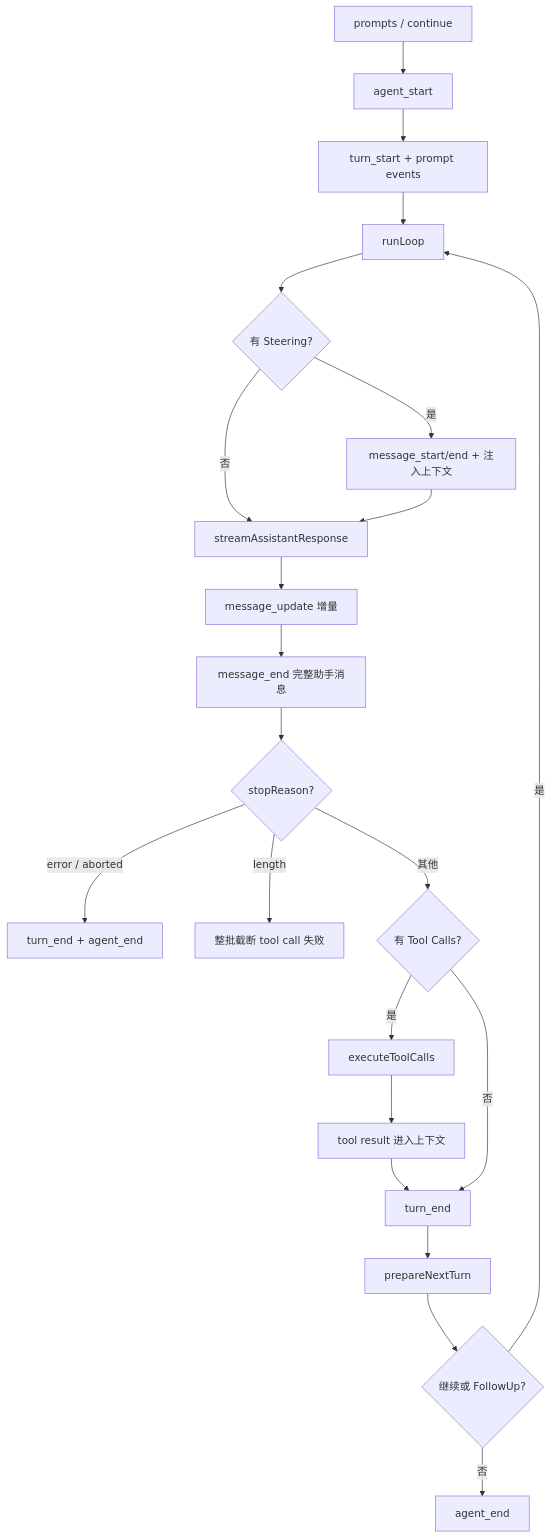
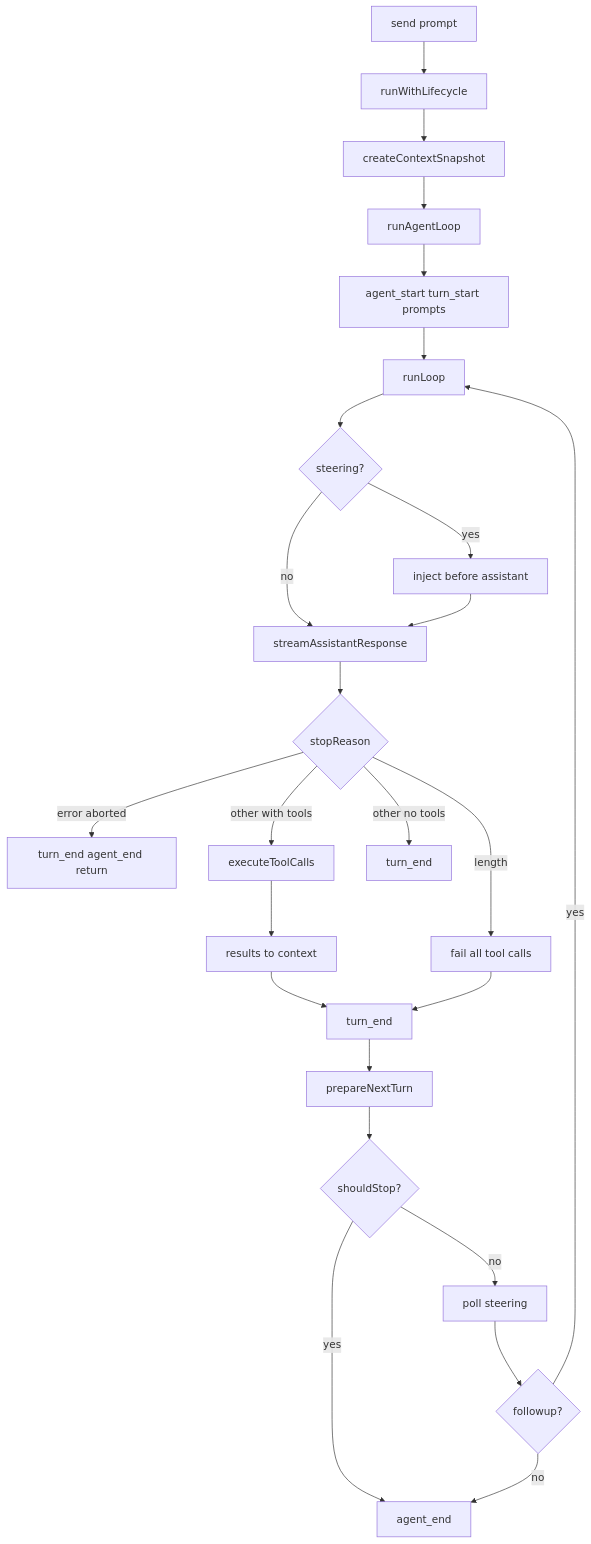
The second of 2 diagrams in tutorial/zh-CN/03-frameworks/pi/run-lifecycle.md (xiaoslin9153/awesome-agent-harness-tutorial), drawn with Mermaid before and after one commit. The commit also changed other lines of this file, not shown here.

Commit message:
docs: fix pi run lifecycle rewrite

````diff
--- a/tutorial/zh-CN/03-frameworks/pi/run-lifecycle.md
+++ b/tutorial/zh-CN/03-frameworks/pi/run-lifecycle.md
@@ -48,24 +77,27 @@
 ```mermaid
 flowchart TD
-  A[prompts / continue] --> B[agent_start]
-  B --> C[turn_start + prompt events]
-  C --> D[runLoop]
-  D --> E{有 Steering?}
-  E -- 是 --> F[message_start/end + 注入上下文]
-  E -- 否 --> G[streamAssistantResponse]
-  F --> G
-  G --> H[message_update 增量]
-  H --> I[message_end 完整助手消息]
-  I --> J{stopReason?}
-  J -- error / aborted --> K[turn_end + agent_end]
-  J -- length --> L[整批截断 tool call 失败]
-  J -- 其他 --> M{有 Tool Calls?}
-  M -- 是 --> N[executeToolCalls]
-  N --> O[tool result 进入上下文]
+  A[send prompt] --> B[runWithLifecycle]
+  B --> C[createContextSnapshot]
+  C --> D[runAgentLoop]
+  D --> E[agent_start turn_start prompts]
+  E --> F[runLoop]
+  F --> G{steering?}
+  G -- yes --> H[inject before assistant]
+  G -- no --> I[streamAssistantResponse]
+  H --> I
+  I --> J{stopReason}
+  J -- length --> K[fail all tool calls]
+  J -- error aborted --> L[turn_end agent_end return]
+  J -- other with tools --> M[executeToolCalls]
+  J -- other no tools --> N[turn_end]
+  M --> O[results to context]
   O --> P[turn_end]
-  M -- 否 --> P
   P --> Q[prepareNextTurn]
-  Q --> R{继续或 FollowUp?}
-  R -- 是 --> D
-  R -- 否 --> S[agent_end]
+  Q --> R{shouldStop?}
+  R -- yes --> S[agent_end]
+  R -- no --> T[poll steering]
+  T --> U{followup?}
+  U -- yes --> F
+  U -- no --> S
+  K --> P
 ```
````
